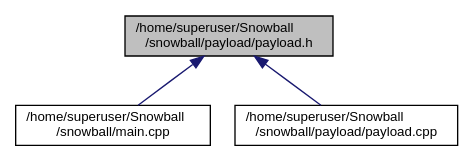
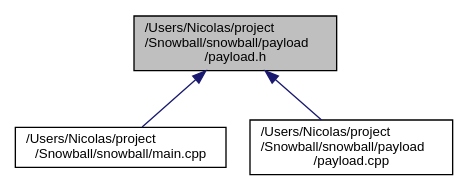
The diagram in snowball/documentation/rtf/payload_8h__dep__incl.dot (HexDumper/Snowball), drawn with Graphviz before and after one commit. The commit also changed 330 other files, not shown here.

```diff
--- a/snowball/documentation/rtf/payload_8h__dep__incl.dot
+++ b/snowball/documentation/rtf/payload_8h__dep__incl.dot
@@ -1,10 +1,10 @@
-digraph "/home/superuser/Snowball/snowball/payload/payload.h"
+digraph "/Users/Nicolas/project/Snowball/snowball/payload/payload.h"
 {
   edge [fontname="Helvetica",fontsize="10",labelfontname="Helvetica",labelfontsize="10"];
   node [fontname="Helvetica",fontsize="10",shape=record];
-  Node1 [label="/home/superuser/Snowball\l/snowball/payload/payload.h",height=0.2,width=0.4,color="black", fillcolor="grey75", style="filled", fontcolor="black"];
-  Node1 -> Node2 [dir="back",color="midnightblue",fontsize="10",style="solid",fontname="Helvetica"];
-  Node2 [label="/home/superuser/Snowball\l/snowball/main.cpp",height=0.2,width=0.4,color="black", fillcolor="white", style="filled",URL="$main_8cpp.html"];
-  Node1 -> Node3 [dir="back",color="midnightblue",fontsize="10",style="solid",fontname="Helvetica"];
-  Node3 [label="/home/superuser/Snowball\l/snowball/payload/payload.cpp",height=0.2,width=0.4,color="black", fillcolor="white", style="filled",URL="$payload_8cpp.html"];
+  Node2 [label="/Users/Nicolas/project\l/Snowball/snowball/payload\l/payload.h",height=0.2,width=0.4,color="black", fillcolor="grey75", style="filled", fontcolor="black"];
+  Node2 -> Node3 [dir="back",color="midnightblue",fontsize="10",style="solid",fontname="Helvetica"];
+  Node3 [label="/Users/Nicolas/project\l/Snowball/snowball/main.cpp",height=0.2,width=0.4,color="black", fillcolor="white", style="filled",URL="$main_8cpp.html"];
+  Node2 -> Node4 [dir="back",color="midnightblue",fontsize="10",style="solid",fontname="Helvetica"];
+  Node4 [label="/Users/Nicolas/project\l/Snowball/snowball/payload\l/payload.cpp",height=0.2,width=0.4,color="black", fillcolor="white", style="filled",URL="$payload_8cpp.html"];
 }
```
